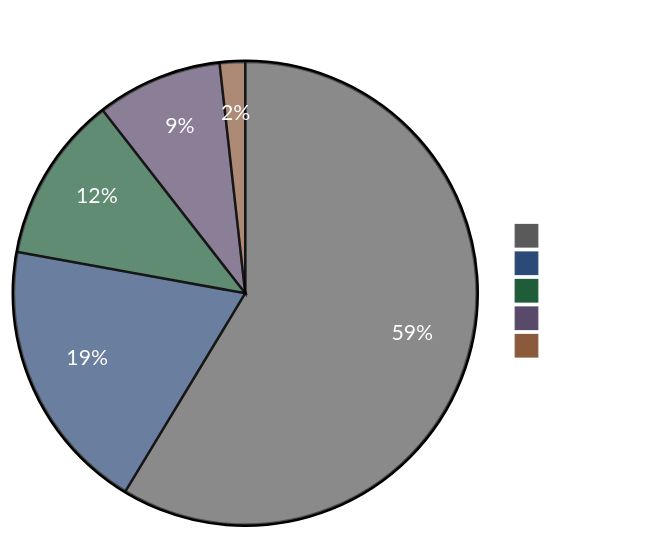
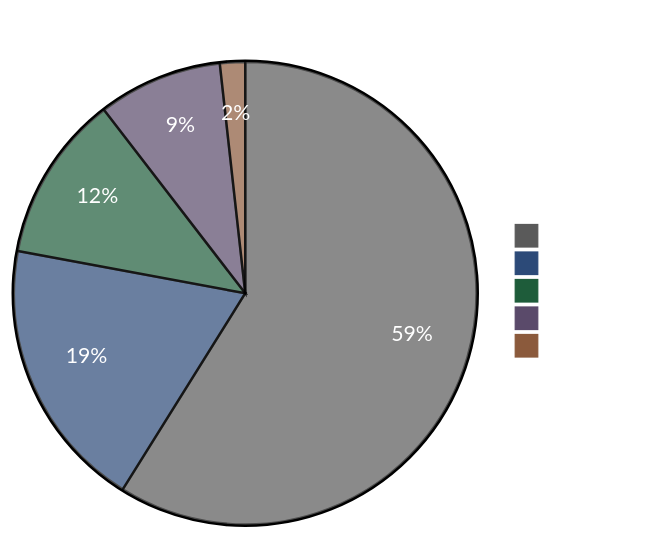
One commit to ShawnBIT/reco-arxiv-daily changed the diagram in README.md. Above: the diagram before and after it, drawn with Mermaid. The commit also changed other lines of this file and 5 other files, not shown here.

````diff
--- a/README.md
+++ b/README.md
@@ -6,19 +6,19 @@
 ```mermaid
 %%{init: {'theme':'base', 'themeVariables': {
   'pie1':'#5a5a5a',
   'pie2':'#2c4a78',
   'pie3':'#1e5c3a',
   'pie4':'#5a4a6a',
   'pie5':'#8b5a3c',
   'pieTitleTextColor':'#ffffff',
   'pieSectionTextColor':'#ffffff',
   'pieLegendTextColor':'#ffffff'
 }}}%%
 pie showData
 title Paper Distribution by Tag
-  "Other" : 596
+  "Other" : 603
   "LLM" : 195
-  "GR" : 118
+  "GR" : 119
   "Seq" : 89
   "Scaling" : 18
 ```
````
